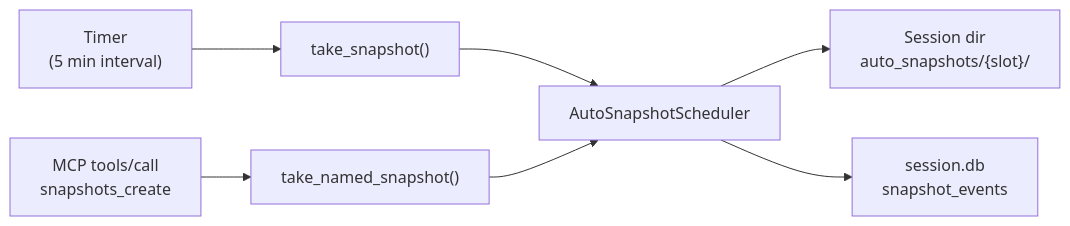
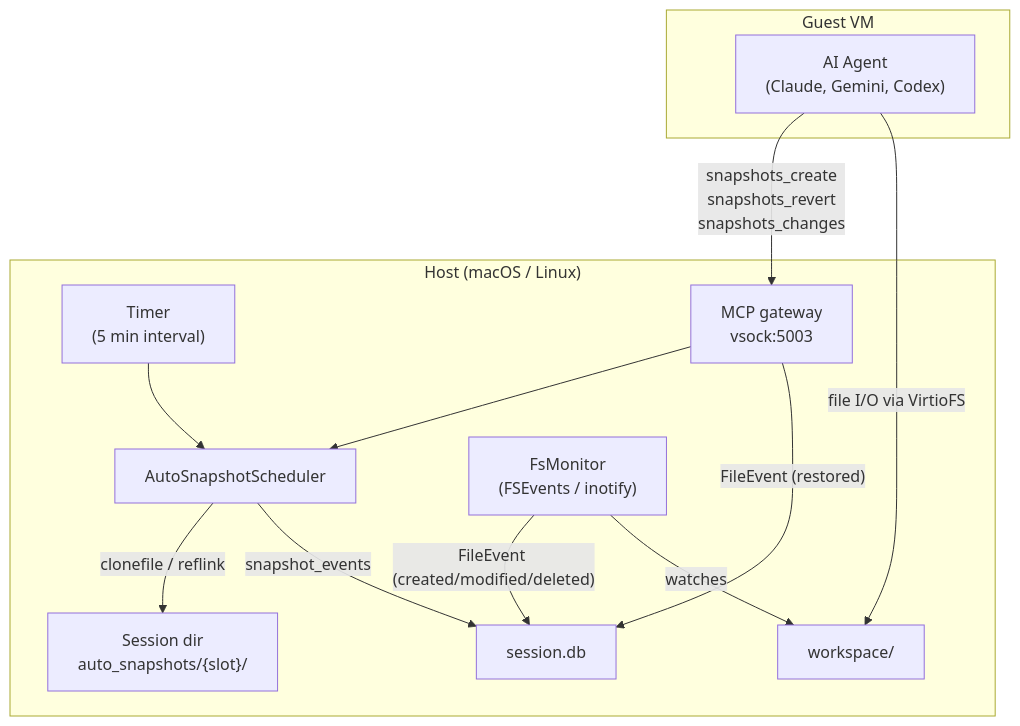
The first of 3 diagrams in site/src/content/docs/architecture/snapshots.md (google/capsem), drawn with Mermaid before and after one commit. The commit also changed other lines of this file and 26 other files, not shown here.

````diff
--- a/site/src/content/docs/architecture/snapshots.md
+++ b/site/src/content/docs/architecture/snapshots.md
@@ -19,9 +12,26 @@
 ```mermaid
-flowchart LR
-  T["Timer<br/>(5 min interval)"] --> AS["take_snapshot()"]
-  MCP["MCP tools/call<br/>snapshots_create"] --> NS["take_named_snapshot()"]
-  AS --> S["AutoSnapshotScheduler"]
-  NS --> S
-  S --> FS["Session dir<br/>auto_snapshots/{slot}/"]
-  S --> DB["session.db<br/>snapshot_events"]
+flowchart TB
+  subgraph Host["Host (macOS / Linux)"]
+    Timer["Timer<br/>(5 min interval)"]
+    MCP["MCP gateway<br/>vsock:5003"]
+    Sched["AutoSnapshotScheduler"]
+    FS["Session dir<br/>auto_snapshots/{slot}/"]
+    DB["session.db"]
+    FM["FsMonitor<br/>(FSEvents / inotify)"]
+    WS["workspace/"]
+  end
+
+  subgraph Guest["Guest VM"]
+    Agent["AI Agent<br/>(Claude, Gemini, Codex)"]
+  end
+
+  Agent -- "snapshots_create<br/>snapshots_revert<br/>snapshots_changes" --> MCP
+  MCP --> Sched
+  Timer --> Sched
+  Sched -- "clonefile / reflink" --> FS
+  Sched -- "snapshot_events" --> DB
+  MCP -- "FileEvent (restored)" --> DB
+  FM -- "FileEvent (created/modified/deleted)" --> DB
+  Agent -- "file I/O via VirtioFS" --> WS
+  FM -- "watches" --> WS
 ```
````
